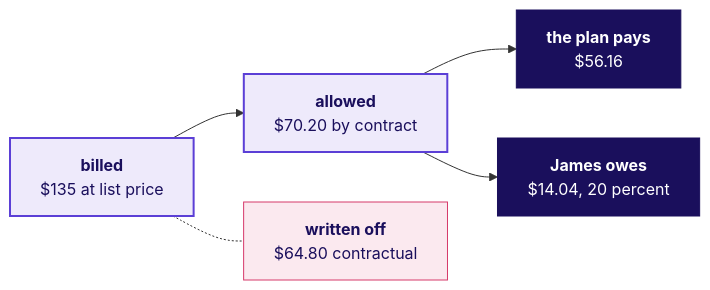
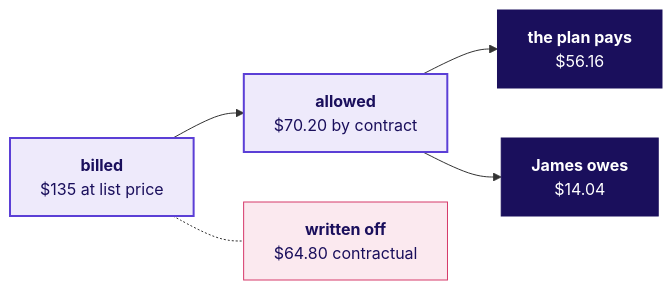
Before and after one commit to fde-academy-lab/c2-content-factory: the fourth of 22 diagrams in content/W03/D1/slides/C2_W03_D01_introduction_STUDENT.md, drawn with Mermaid. The commit also changed other lines of this file and 15 other files, not shown here.

````diff
--- a/content/W03/D1/slides/C2_W03_D01_introduction_STUDENT.md
+++ b/content/W03/D1/slides/C2_W03_D01_introduction_STUDENT.md
@@ -258,13 +261,13 @@
 ```mermaid
 flowchart LR
     B["<b>billed</b><br/>$135 at list price"] --> A["<b>allowed</b><br/>$70.20 by contract"]
     B -.- X["<b>written off</b><br/>$64.80 contractual"]
     A --> P["<b>the plan pays</b><br/>$56.16"]
-    A --> R["<b>James owes</b><br/>$14.04, 20 percent"]
+    A --> R["<b>James owes</b><br/>$14.04"]
     classDef known fill:#EEEAFB,stroke:#5B3FD6,color:#1A0F5C,stroke-width:2px
     classDef bad fill:#FBE9EF,stroke:#D63A6A,color:#1A0F5C
     classDef dark fill:#1A0F5C,stroke:#1A0F5C,color:#FFFFFF
     class B,A known
     class X bad
     class P,R dark
 ```
````
